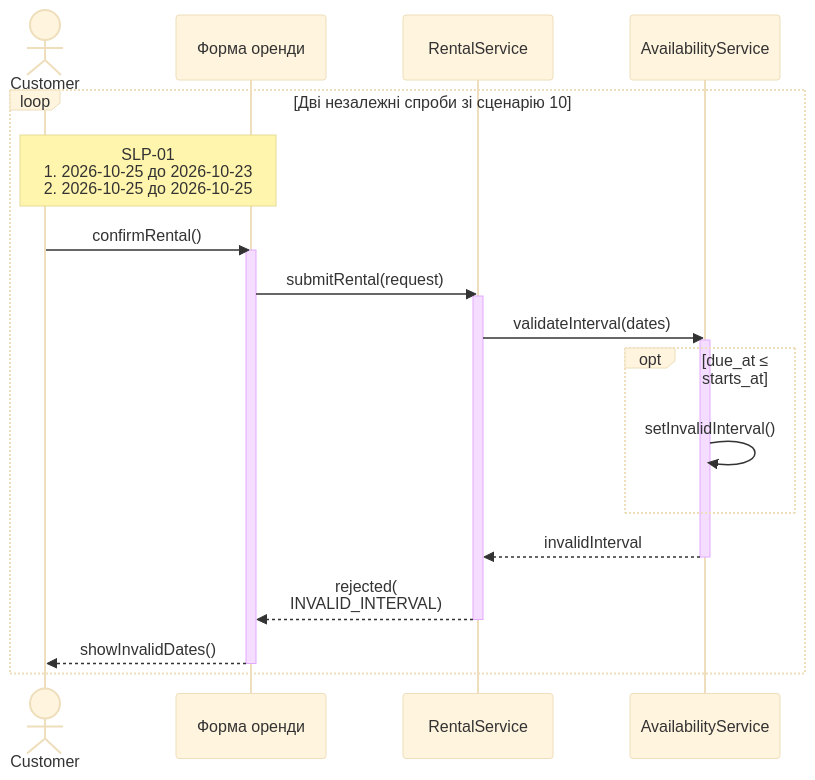
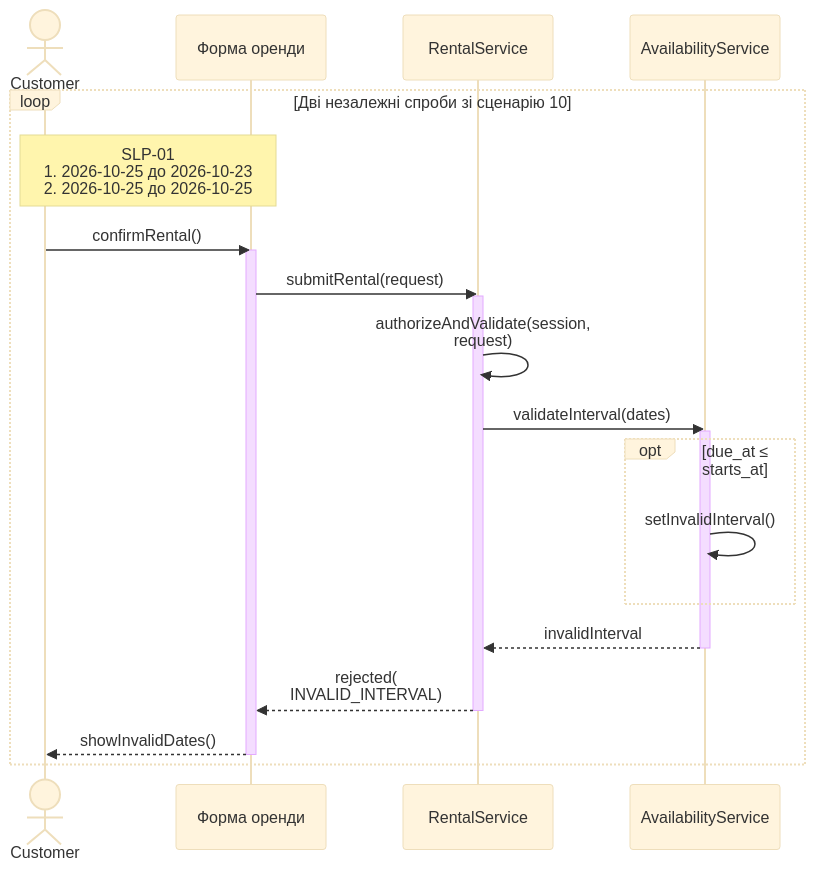
One commit to kirgafan/KPI_labs changed the fifth of 6 diagrams in Labs/lab-3/model.md. Above: the diagram before and after it, drawn with Mermaid (base theme). The commit also changed other lines of this file and 3 other files, not shown here.

````diff
--- a/Labs/lab-3/model.md
+++ b/Labs/lab-3/model.md
@@ -210,25 +242,26 @@
 ```mermaid
 sequenceDiagram
     actor C as Customer
     participant U as Форма оренди
     participant R as RentalService
     participant A as AvailabilityService
     loop Дві незалежні спроби зі сценарію 10
         Note over C,U: SLP-01<br/>1. 2026-10-25 до 2026-10-23<br/>2. 2026-10-25 до 2026-10-25
         C->>U: confirmRental()
         activate U
         U->>R: submitRental(request)
         activate R
+        R->>R: authorizeAndValidate(session,<br/>request)
         R->>A: validateInterval(dates)
         activate A
         opt due_at ≤ starts_at
             A->>A: setInvalidInterval()
         end
         A-->>R: invalidInterval
         deactivate A
         R-->>U: rejected(<br/>INVALID_INTERVAL)
         deactivate R
         U-->>C: showInvalidDates()
         deactivate U
     end
 ```
````
